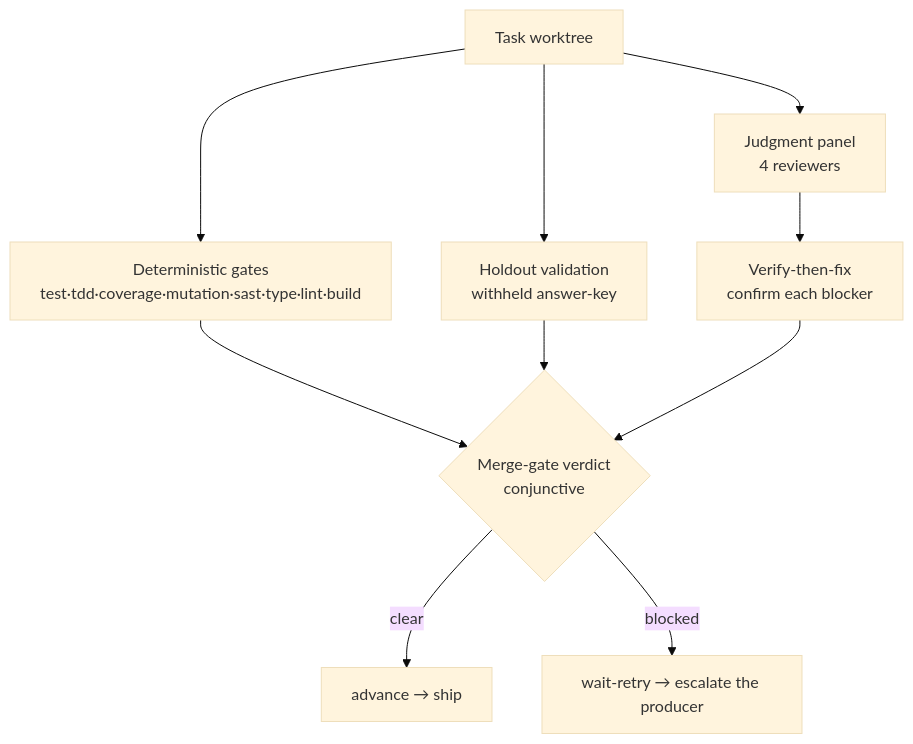
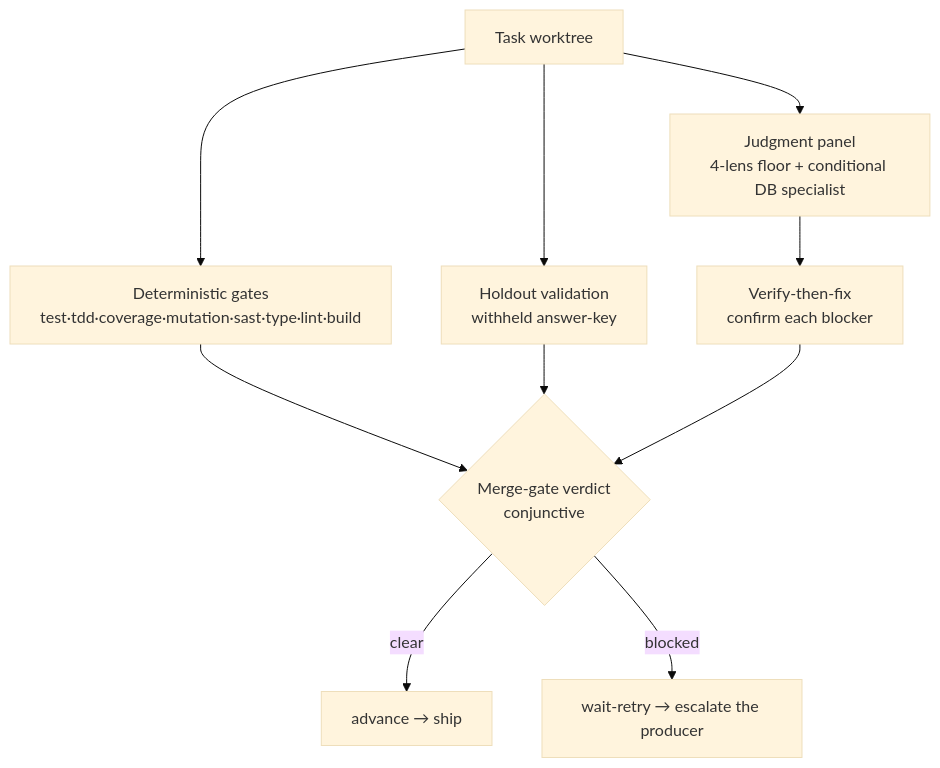
Before and after one commit to jfa94/factory: the diagram in docs/explanation/verifier.md, drawn with Mermaid (base theme). The commit also changed other lines of this file and 25 other files, not shown here.

````diff
--- a/docs/explanation/verifier.md
+++ b/docs/explanation/verifier.md
@@ -11,12 +11,12 @@
 ```mermaid
 graph TD
   W[Task worktree] --> Gates[Deterministic gates<br/>test·tdd·coverage·mutation·sast·type·lint·build]
   W --> Holdout[Holdout validation<br/>withheld answer-key]
-  W --> Panel[Judgment panel<br/>4 reviewers]
+  W --> Panel[Judgment panel<br/>4-lens floor + conditional DB specialist]
   Gates --> MergeGate{Merge-gate verdict<br/>conjunctive}
   Holdout --> MergeGate
   Panel --> VtF[Verify-then-fix<br/>confirm each blocker]
   VtF --> MergeGate
   MergeGate -->|clear| Ship[advance → ship]
   MergeGate -->|blocked| Ladder[wait-retry → escalate the producer]
 ```
````
